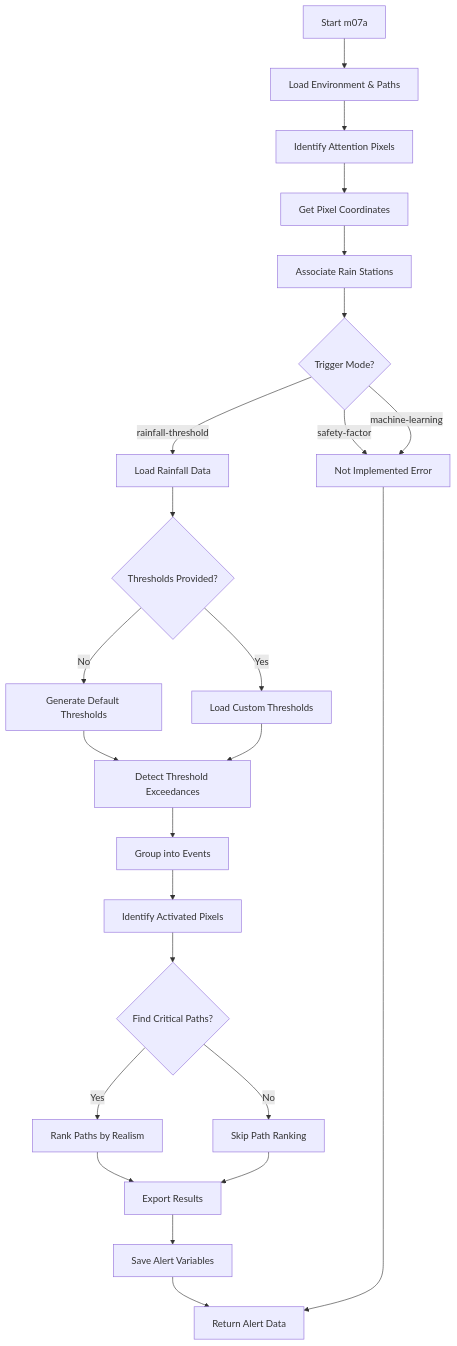
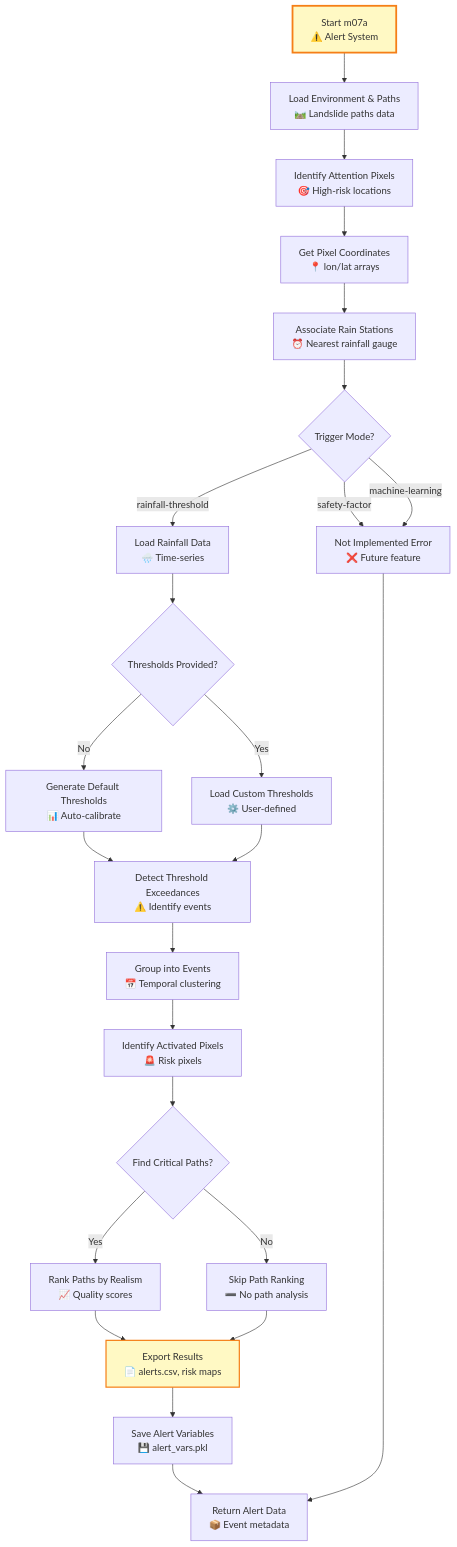
One commit to sasa-misia/P-SLIP changed the diagram in docs/scripts/mains/m07a_attention_pixels_alert.md. Above: the diagram before and after it, drawn with Mermaid. The commit also changed 15 other files, not shown here.

Commit message:
docs: enhance documentation with detailed flowcharts and improve clarity in process descriptions

````diff
--- a/docs/scripts/mains/m07a_attention_pixels_alert.md
+++ b/docs/scripts/mains/m07a_attention_pixels_alert.md
@@ -176,27 +176,32 @@
 ```mermaid
 graph TD
-    A[Start m07a] --> B[Load Environment & Paths]
-    B --> C[Identify Attention Pixels]
-    C --> D[Get Pixel Coordinates]
-    D --> E[Associate Rain Stations]
+    %% Attention Pixels Alert Flow
+    A["Start m07a<br/>⚠️ Alert System"] --> B["Load Environment & Paths<br/>🛤️ Landslide paths data"]
+    B --> C["Identify Attention Pixels<br/>🎯 High-risk locations"]
+    C --> D["Get Pixel Coordinates<br/>📍 lon/lat arrays"]
+    D --> E["Associate Rain Stations<br/>⏰ Nearest rainfall gauge"]
     E --> F{Trigger Mode?}
-    F -->|rainfall-threshold| G[Load Rainfall Data]
+    F -->|rainfall-threshold| G["Load Rainfall Data<br/>🌧️ Time-series"]
     G --> H{Thresholds Provided?}
-    H -->|No| I[Generate Default Thresholds]
-    H -->|Yes| J[Load Custom Thresholds]
-    I --> K[Detect Threshold Exceedances]
+    H -->|No| I["Generate Default Thresholds<br/>📊 Auto-calibrate"]
+    H -->|Yes| J["Load Custom Thresholds<br/>⚙️ User-defined"]
+    I --> K["Detect Threshold Exceedances<br/>⚠️ Identify events"]
     J --> K
-    K --> L[Group into Events]
-    L --> M[Identify Activated Pixels]
+    K --> L["Group into Events<br/>📅 Temporal clustering"]
+    L --> M["Identify Activated Pixels<br/>🚨 Risk pixels"]
     M --> N{Find Critical Paths?}
-    N -->|Yes| O[Rank Paths by Realism]
-    N -->|No| P[Skip Path Ranking]
-    O --> Q[Export Results]
+    N -->|Yes| O["Rank Paths by Realism<br/>📈 Quality scores"]
+    N -->|No| P["Skip Path Ranking<br/>➖ No path analysis"]
+    O --> Q["Export Results<br/>📄 alerts.csv, risk maps"]
     P --> Q
-    Q --> R[Save Alert Variables]
-    R --> S[Return Alert Data]
+    Q --> R["Save Alert Variables<br/>💾 alert_vars.pkl"]
+    R --> S["Return Alert Data<br/>📦 Event metadata"]
     
-    F -->|safety-factor| T[Not Implemented Error]
+    F -->|safety-factor| T["Not Implemented Error<br/>❌ Future feature"]
     F -->|machine-learning| T
+    
+    %% Styling
+    style A fill:#fff9c4,stroke:#f57f17,stroke-width:3px
+    style Q fill:#fff9c4,stroke:#f57f17,stroke-width:2px
     T --> S
 ```
````
